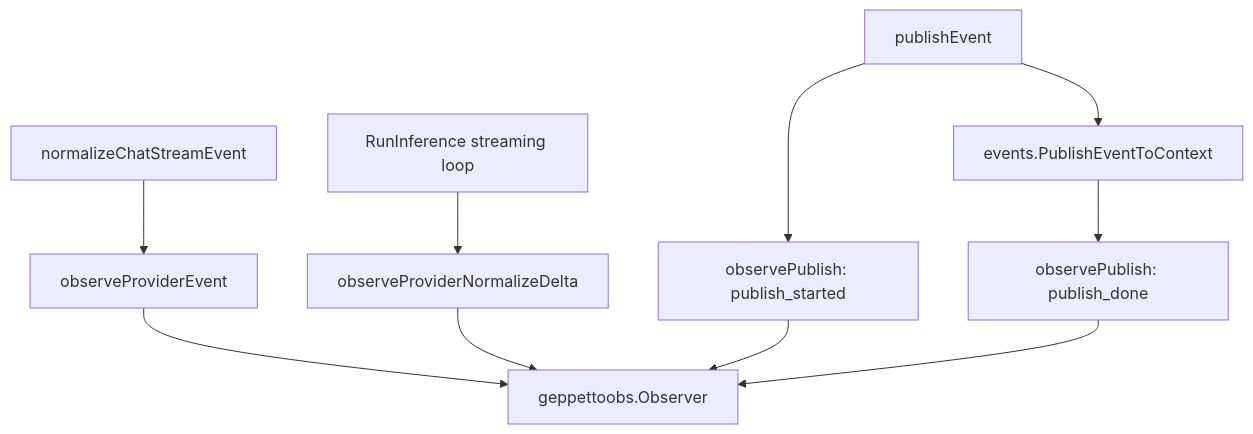
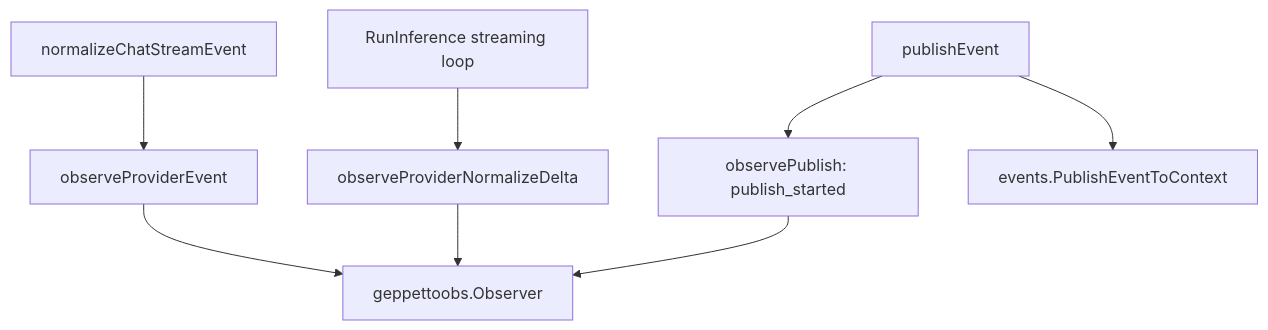
One commit to go-go-golems/geppetto changed the second of 2 diagrams in ttmp/2026/05/07/GEPPETTO-OPENAI-OBS-2026-05-07--instrument-openai-chat-completions-observability/design-doc/01-openai-chat-completions-observability-analysis-and-implementation-guide.md. Above: the diagram before and after it, drawn with Mermaid. The commit also changed other lines of this file and 3 other files, not shown here.

````diff
--- a/ttmp/2026/05/07/GEPPETTO-OPENAI-OBS-2026-05-07--instrument-openai-chat-completions-observability/design-doc/01-openai-chat-completions-observability-analysis-and-implementation-guide.md
+++ b/ttmp/2026/05/07/GEPPETTO-OPENAI-OBS-2026-05-07--instrument-openai-chat-completions-observability/design-doc/01-openai-chat-completions-observability-analysis-and-implementation-guide.md
@@ -170,12 +172,10 @@
 ```mermaid
 flowchart TD
     Normalize[normalizeChatStreamEvent] --> ProviderObs[observeProviderEvent]
     Loop[RunInference streaming loop] --> NormalizeObs[observeProviderNormalizeDelta]
     Events[publishEvent] --> Started[observePublish: publish_started]
     Events --> ContextSinks[events.PublishEventToContext]
-    ContextSinks --> Done[observePublish: publish_done]
     ProviderObs --> Observer[geppettoobs.Observer]
     NormalizeObs --> Observer
     Started --> Observer
-    Done --> Observer
 ```
````
